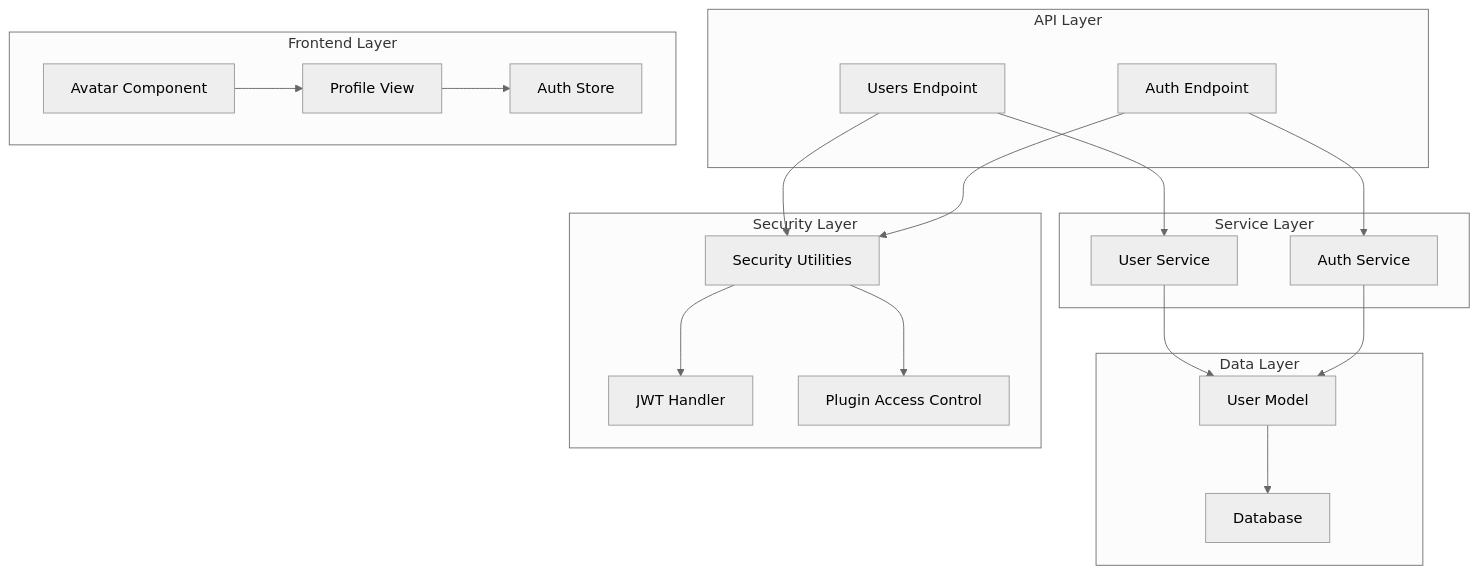
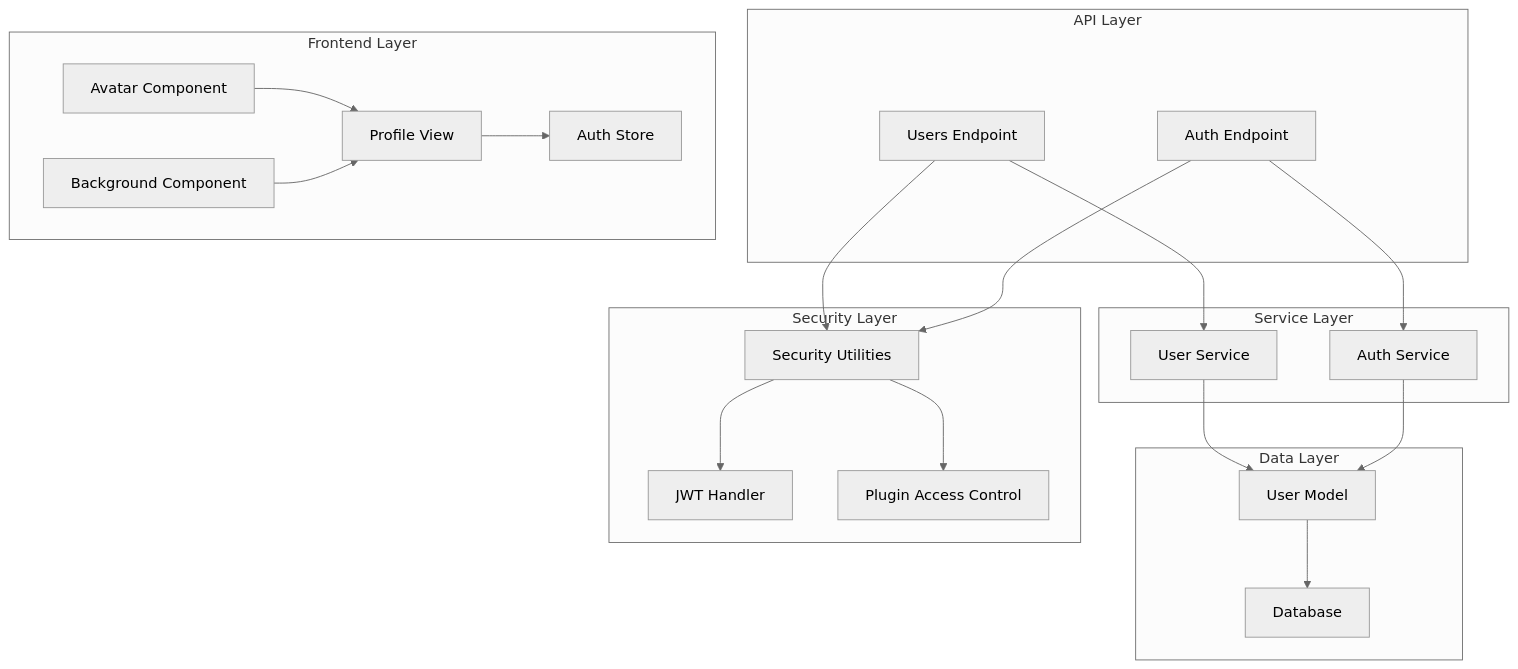
Before and after one commit to Nikita5543/New-SSO-02: the fifth of 5 diagrams in .qoder/repowiki/en/content/Core API Reference/User Management Endpoints.md, drawn with Mermaid (neutral theme). The commit also changed other lines of this file and 7 other files, not shown here.

````diff
--- a/.qoder/repowiki/en/content/Core API Reference/User Management Endpoints.md
+++ b/.qoder/repowiki/en/content/Core API Reference/User Management Endpoints.md
@@ -526,36 +655,38 @@
 ```mermaid
 graph TB
 subgraph "API Layer"
 UsersEndpoint["Users Endpoint"]
 AuthEndpoint["Auth Endpoint"]
 end
 subgraph "Service Layer"
 UserService["User Service"]
 AuthService["Auth Service"]
 end
 subgraph "Data Layer"
 UserModel["User Model"]
 DB["Database"]
 end
 subgraph "Security Layer"
 SecurityUtils["Security Utilities"]
 JWT["JWT Handler"]
 PluginAccess["Plugin Access Control"]
 end
 subgraph "Frontend Layer"
 AvatarComponent["Avatar Component"]
 ProfileView["Profile View"]
 AuthStore["Auth Store"]
+BackgroundComponent["Background Component"]
 end
 UsersEndpoint --> UserService
 AuthEndpoint --> AuthService
 UserService --> UserModel
 AuthService --> UserModel
 UsersEndpoint --> SecurityUtils
 AuthEndpoint --> SecurityUtils
 SecurityUtils --> JWT
 SecurityUtils --> PluginAccess
 UserModel --> DB
 AvatarComponent --> ProfileView
+BackgroundComponent --> ProfileView
 ProfileView --> AuthStore
 ```
````
